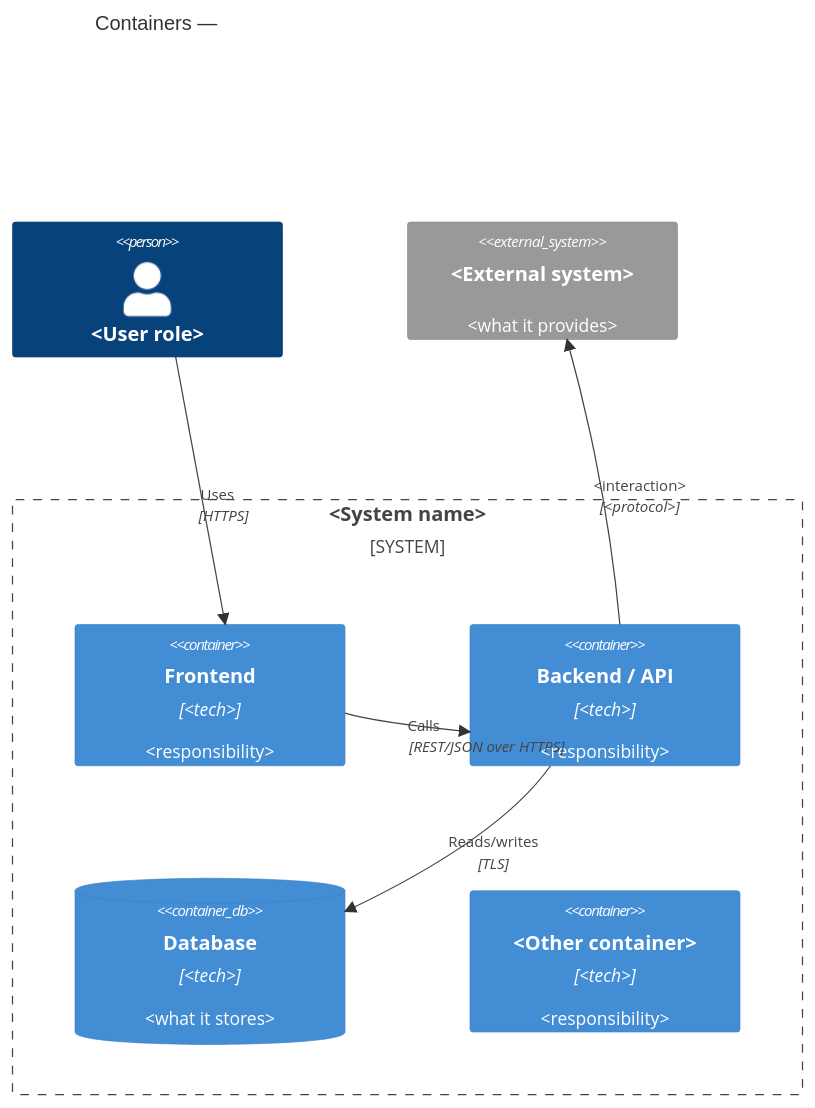
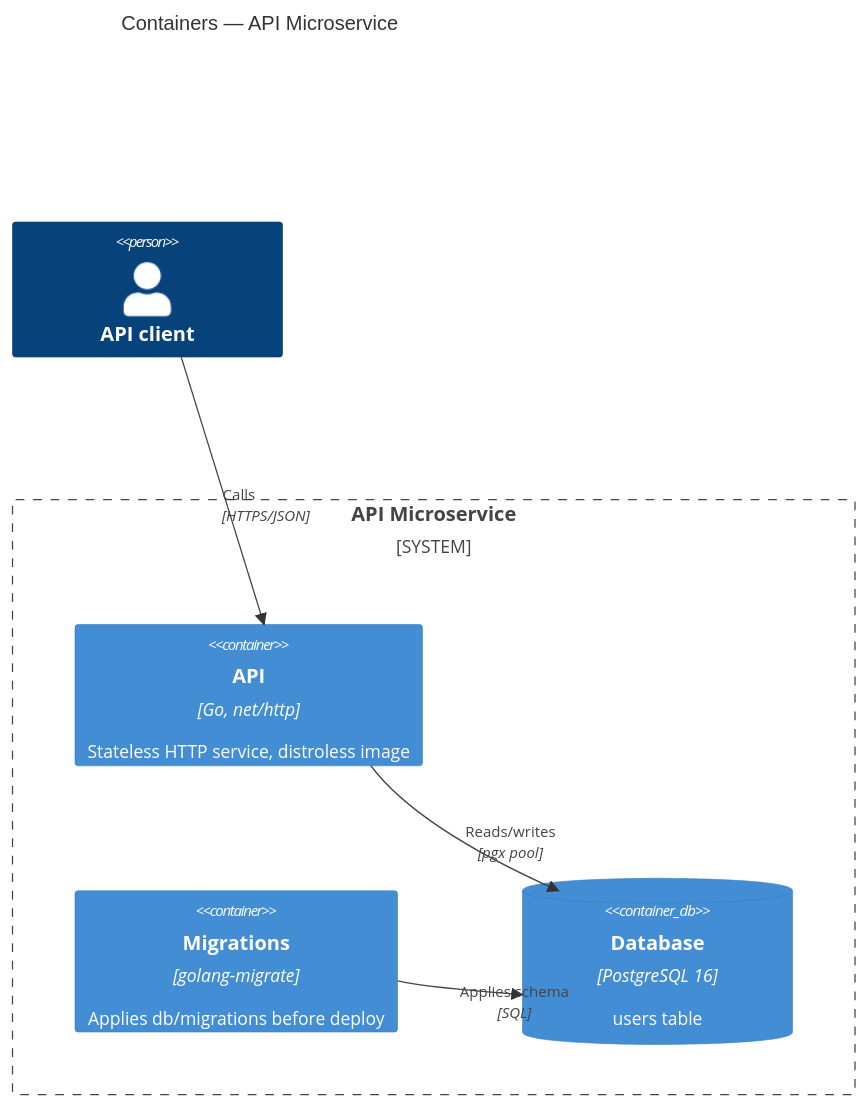
Before and after one commit to vladeParica/api-microservice-go-archetype: the diagram in docs/architecture/c4-container.md, drawn with Mermaid. The commit also changed other lines of this file and 5 other files, not shown here.

Commit message:
docs(design): add architecture, c4 diagrams, threat model and api contracts

````diff
--- a/docs/architecture/c4-container.md
+++ b/docs/architecture/c4-container.md
@@ -5,20 +5,16 @@
 ```mermaid
 C4Container
-    title Containers — <System name>
+    title Containers — API Microservice
 
-    Person(user, "<User role>")
+    Person(client, "API client")
 
-    System_Boundary(sys, "<System name>") {
-        Container(web, "Frontend", "<tech>", "<responsibility>")
-        Container(api, "Backend / API", "<tech>", "<responsibility>")
-        ContainerDb(db, "Database", "<tech>", "<what it stores>")
-        Container(other, "<Other container>", "<tech>", "<responsibility>")
+    System_Boundary(sys, "API Microservice") {
+        Container(api, "API", "Go, net/http", "Stateless HTTP service, distroless image")
+        Container(migrate, "Migrations", "golang-migrate", "Applies db/migrations before deploy")
+        ContainerDb(db, "Database", "PostgreSQL 16", "users table")
     }
 
-    System_Ext(ext, "<External system>", "<what it provides>")
-
-    Rel(user, web, "Uses", "HTTPS")
-    Rel(web, api, "Calls", "REST/JSON over HTTPS")
-    Rel(api, db, "Reads/writes", "TLS")
-    Rel(api, ext, "<interaction>", "<protocol>")
+    Rel(client, api, "Calls", "HTTPS/JSON")
+    Rel(api, db, "Reads/writes", "pgx pool")
+    Rel(migrate, db, "Applies schema", "SQL")
 ```
````
